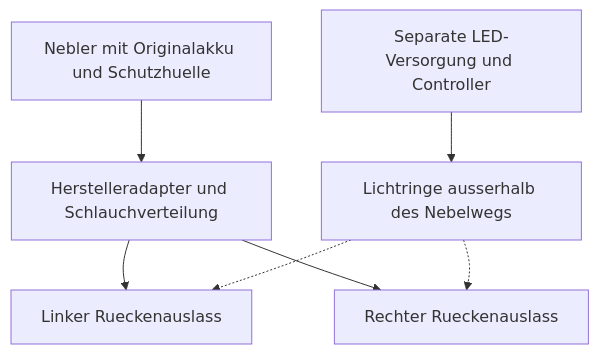
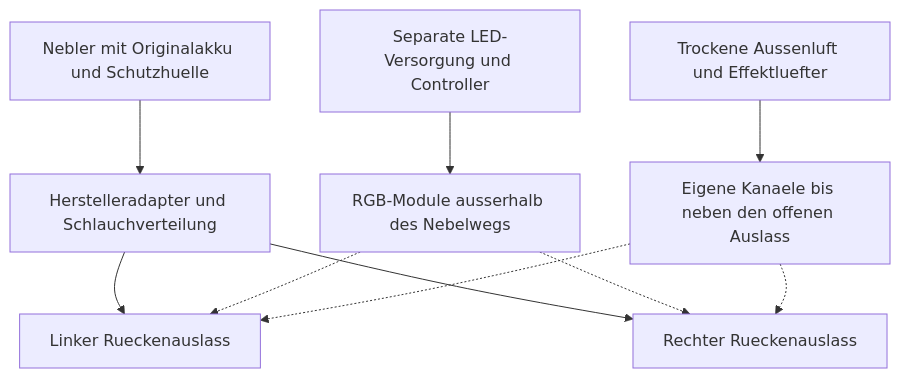
The diagram in Documentation/Guides/Elektronik-Schubduesen.md (Huskynarr/HaloCosplay), drawn with Mermaid before and after one commit. The commit also changed other lines of this file and 32 other files, not shown here.

````diff
--- a/Documentation/Guides/Elektronik-Schubduesen.md
+++ b/Documentation/Guides/Elektronik-Schubduesen.md
@@ -39,9 +40,12 @@
 ```mermaid
 flowchart TD
   A["Nebler mit Originalakku und Schutzhuelle"] --> B["Herstelleradapter und Schlauchverteilung"]
   B --> C["Linker Rueckenauslass"]
   B --> D["Rechter Rueckenauslass"]
-  E["Separate LED-Versorgung und Controller"] --> F["Lichtringe ausserhalb des Nebelwegs"]
+  E["Separate LED-Versorgung und Controller"] --> F["RGB-Module ausserhalb des Nebelwegs"]
   F -.-> C
   F -.-> D
+  G["Trockene Aussenluft und Effektluefter"] --> H["Eigene Kanaele bis neben den offenen Auslass"]
+  H -.-> C
+  H -.-> D
 ```
````
